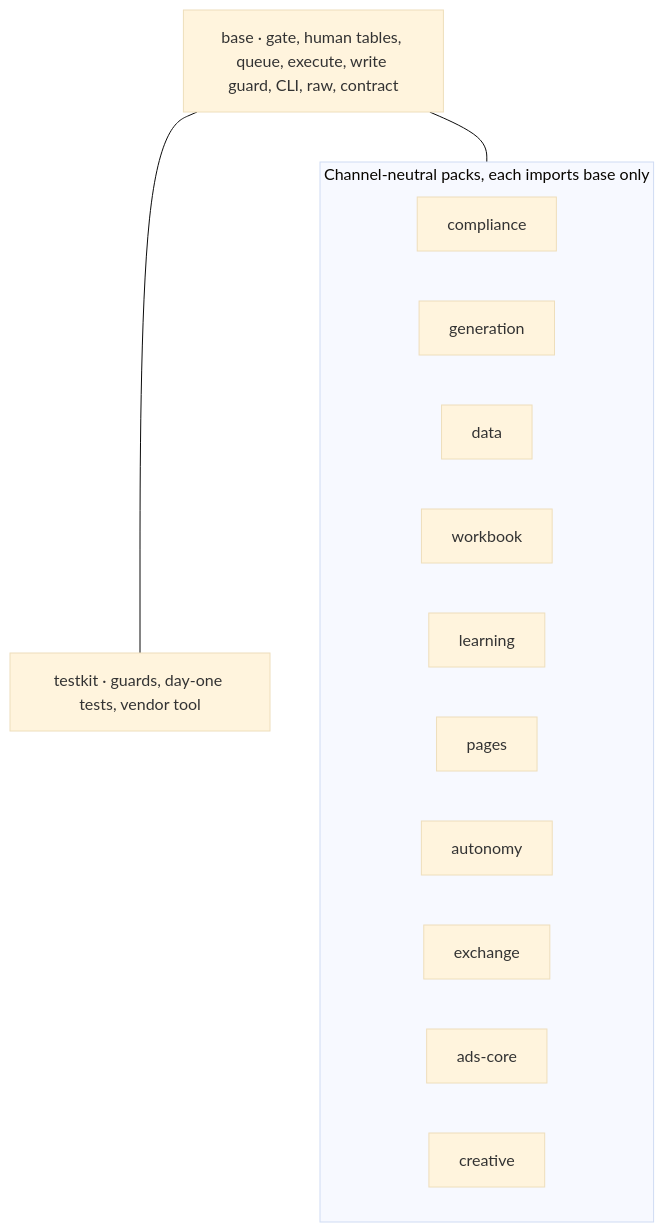
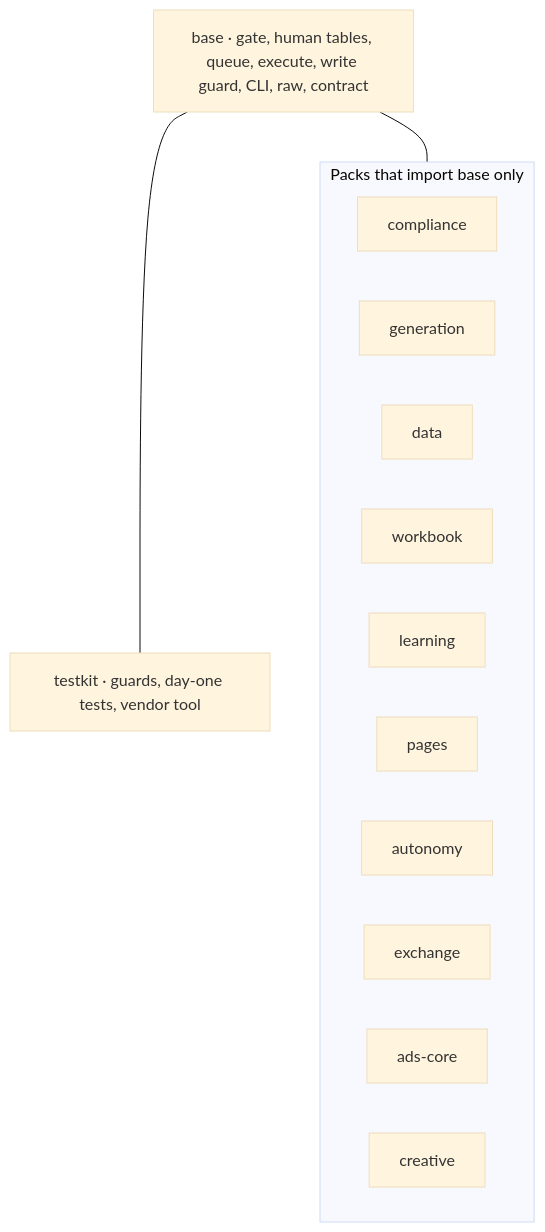
Before and after one commit to thaddeus-builds/skill-pack-playbook: the fourth of 4 diagrams in docs/overview.md, drawn with Mermaid (base theme). The commit also changed other lines of this file and 1 other file, not shown here.

````diff
--- a/docs/overview.md
+++ b/docs/overview.md
@@ -102,11 +104,11 @@
 ```mermaid
 flowchart TB
     base["base · gate, human tables, queue, execute, write guard, CLI, raw, contract"]
     testkit["testkit · guards, day-one tests, vendor tool"]
-    subgraph chan["Channel-neutral packs, each imports base only"]
+    subgraph chan["Packs that import base only"]
       direction LR
       compliance & generation & data & workbook & learning & pages & autonomy & exchange & adscore["ads-core"] & creative
     end
     base --- chan
     base --- testkit
 ```
````
